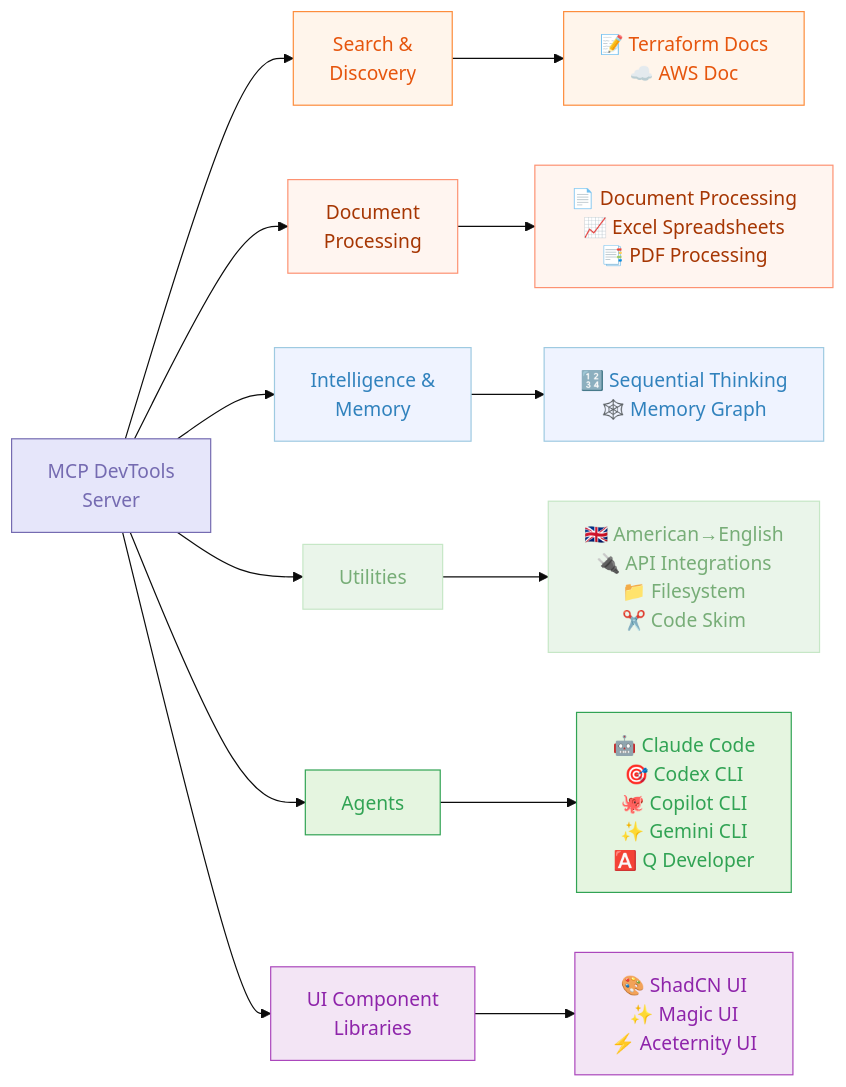
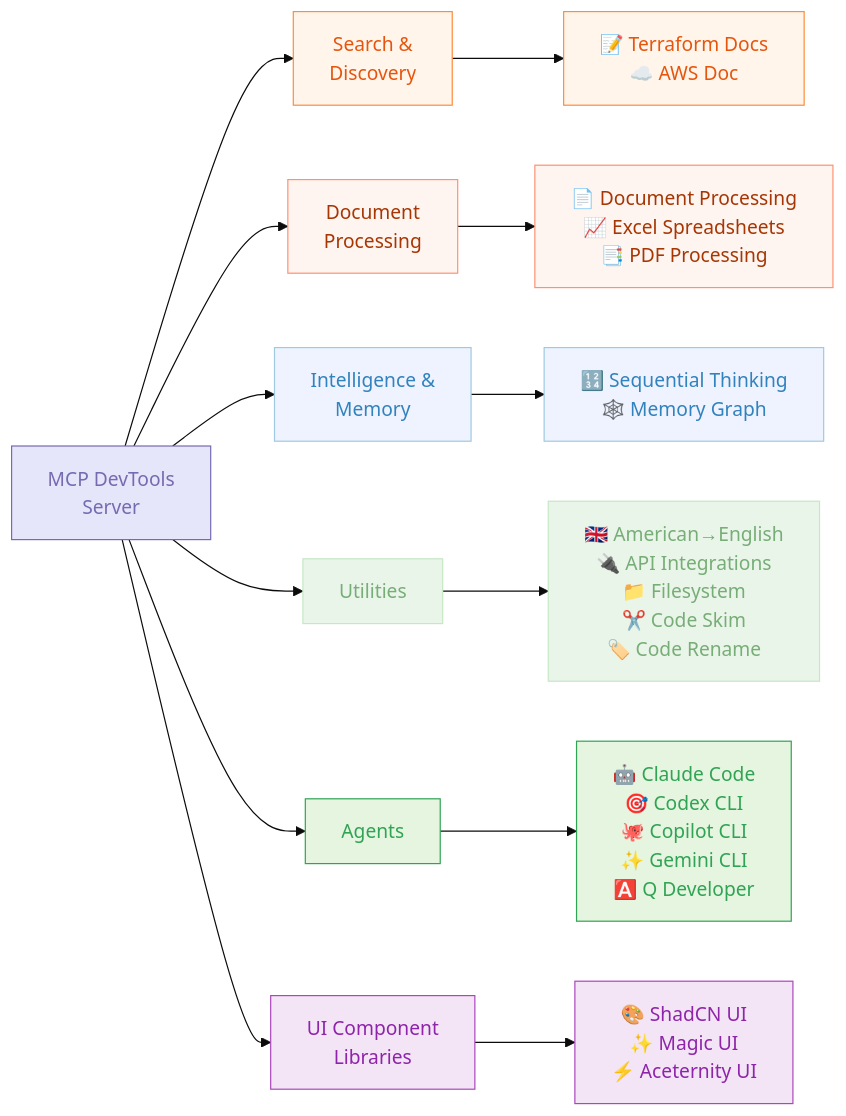
Before and after one commit to sammcj/mcp-devtools: the second of 2 diagrams in README.md, drawn with Mermaid (base theme). The commit also changed other lines of this file, not shown here.

````diff
--- a/README.md
+++ b/README.md
@@ -34,39 +34,39 @@
 ```mermaid
 graph LR
     A[MCP DevTools<br>Server]
 
     A --> B[Search &<br>Discovery]
     A --> C[Document<br>Processing]
     A --> E[Intelligence &<br>Memory]
     A --> F[Utilities]
     A --> G[Agents]
     A --> D[UI Component<br>Libraries]
 
     B --> B_Tools[📝 Terraform Docs<br>☁️ AWS Doc]
 
     C --> C_Tools[📄 Document Processing<br>📈 Excel Spreadsheets<br>📑 PDF Processing]
 
     E --> E_Tools[🔢 Sequential Thinking<br>🕸️ Memory Graph]
 
-    F --> F_Tools[🇬🇧 American→English<br>🔌 API Integrations<br>📁 Filesystem<br>✂️ Code Skim]
+    F --> F_Tools[🇬🇧 American→English<br>🔌 API Integrations<br>📁 Filesystem<br>✂️ Code Skim<br>🏷️ Code Rename]
 
     G --> G_Tools[🤖 Claude Code<br>🎯 Codex CLI<br>🐙 Copilot CLI<br>✨ Gemini CLI<br>🅰️ Q Developer]
 
     D --> D_Tools[🎨 ShadCN UI<br>✨ Magic UI<br>⚡ Aceternity UI]
 
     classDef components fill:#E6E6FA,stroke:#756BB1,color:#756BB1
     classDef llm fill:#E5F5E0,stroke:#31A354,color:#31A354
     classDef process fill:#EAF5EA,stroke:#C6E7C6,color:#77AD77
     classDef data fill:#EFF3FF,stroke:#9ECAE1,color:#3182BD
     classDef decision fill:#FFF5EB,stroke:#FD8D3C,color:#E6550D
     classDef api fill:#FFF5F0,stroke:#FD9272,color:#A63603
     classDef ui fill:#F3E5F5,stroke:#AB47BC,color:#8E24AA
 
     class A components
     class B,B_Tools decision
     class C,C_Tools api
     class D,D_Tools ui
     class E,E_Tools data
     class F,F_Tools process
     class G,G_Tools llm
 ```
````
